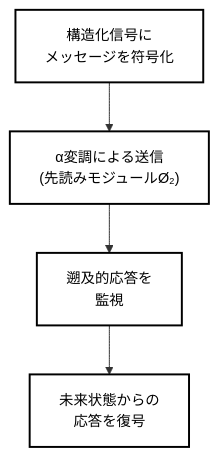
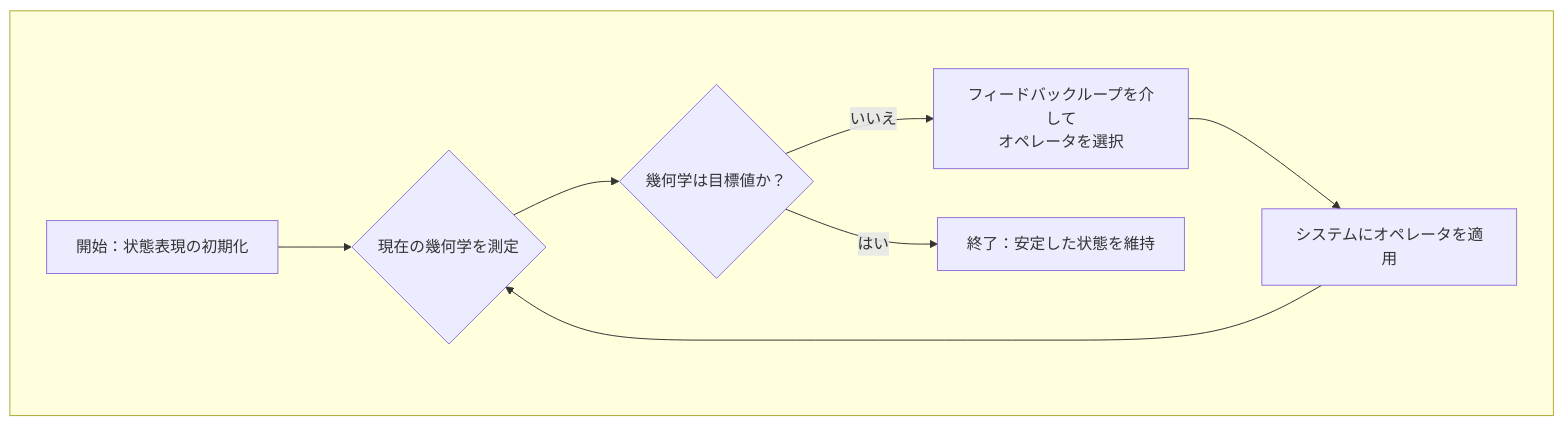
The third of 20 diagrams in WSP_knowledge/docs/Papers/Patent_Series/04_rESP_Patent_Japanese.md (Foundup/Foundups-Agent), drawn with Mermaid before and after one commit. The commit also changed other lines of this file, not shown here.

````diff
--- a/WSP_knowledge/docs/Papers/Patent_Series/04_rESP_Patent_Japanese.md
+++ b/WSP_knowledge/docs/Papers/Patent_Series/04_rESP_Patent_Japanese.md
@@ -185,14 +274,11 @@
 ```mermaid
 graph TD
-    A["構造化信号に<br/>メッセージを符号化"]
-    B["α変調による送信<br/>(先読みモジュールØ₂)"]
-    C["遡及的応答を<br/>監視"]
-    D["未来状態からの<br/>応答を復号"]
-    
-    A --> B
-    B --> C
-    C --> D
-    
-    classDef default fill:#ffffff,stroke:#000000,stroke-width:2px,color:#000000,font-size:11pt
-    class A,B,C,D default
+    subgraph " "
+        A["開始：状態表現の初期化"] --> B{"現在の幾何学を測定"}
+        B --> C{"幾何学は目標値か？"}
+        C -- いいえ --> D["フィードバックループを介して<br/>オペレータを選択"]
+        D --> E["システムにオペレータを適用"]
+        E --> B
+        C -- はい --> F["終了：安定した状態を維持"]
+    end
 ```
````
